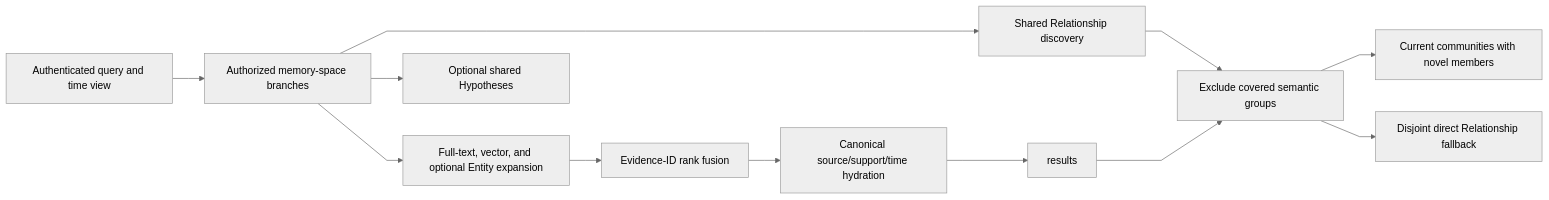
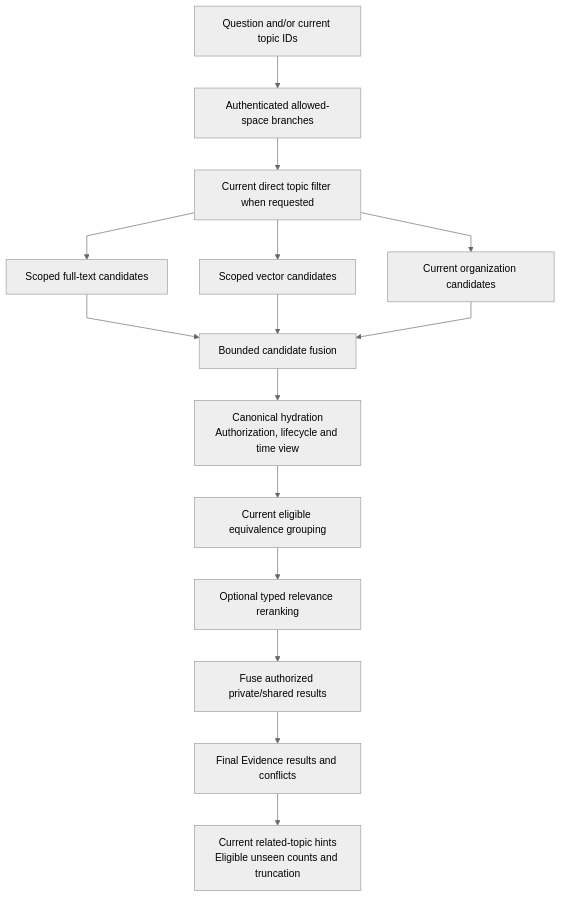
One commit to markhuangai/dense-mem changed the diagram in Recall-Ranking.md. Above: the diagram before and after it, drawn with Mermaid (neutral theme). The commit also changed other lines of this file and 34 other files, not shown here.

Commit message:
docs: publish visual Evidence-only memory guide

````diff
--- a/Recall-Ranking.md
+++ b/Recall-Ranking.md
@@ -21,15 +7,18 @@
 ```mermaid
 %%{init: {"flowchart": {"curve": "linear"}}}%%
-flowchart LR
-  Request["Authenticated query and time view"] --> Scope["Authorized memory-space branches"]
-  Scope --> Evidence["Full-text, vector, and optional Entity expansion"]
-  Evidence --> Fuse["Evidence-ID rank fusion"]
-  Fuse --> Hydrate["Canonical source/support/time hydration"]
-  Hydrate --> Results["results"]
-  Scope --> Related["Shared Relationship discovery"]
-  Related --> Coverage["Exclude covered semantic groups"]
-  Results --> Coverage
-  Coverage --> Community["Current communities with novel members"]
-  Coverage --> Direct["Disjoint direct Relationship fallback"]
-  Scope --> Hypothesis["Optional shared Hypotheses"]
+flowchart TB
+  Request["Question and/or current topic IDs"] --> Scope["Authenticated allowed-space branches"]
+  Scope --> Filter["Current direct topic filter when requested"]
+  Filter --> Text["Scoped full-text candidates"]
+  Filter --> Vector["Scoped vector candidates"]
+  Filter --> Topic["Current organization candidates"]
+  Text --> Fuse["Bounded candidate fusion"]
+  Vector --> Fuse
+  Topic --> Fuse
+  Fuse --> Hydrate["Canonical hydration<br/>Authorization, lifecycle and time view"]
+  Hydrate --> Group["Current eligible equivalence grouping"]
+  Group --> Decisions["Optional typed relevance reranking"]
+  Decisions --> Space["Fuse authorized private/shared results"]
+  Space --> Result["Final Evidence results and conflicts"]
+  Result --> Hints["Current related-topic hints<br/>Eligible unseen counts and truncation"]
 ```
````
